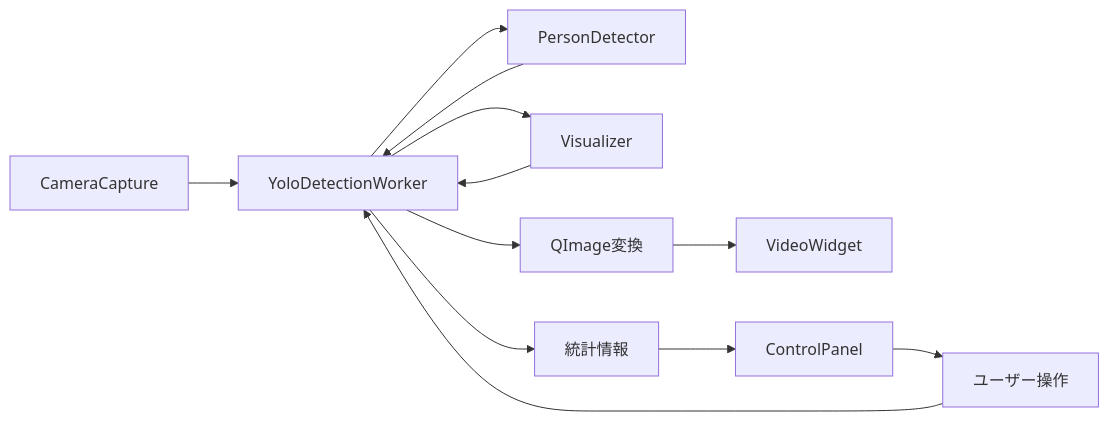
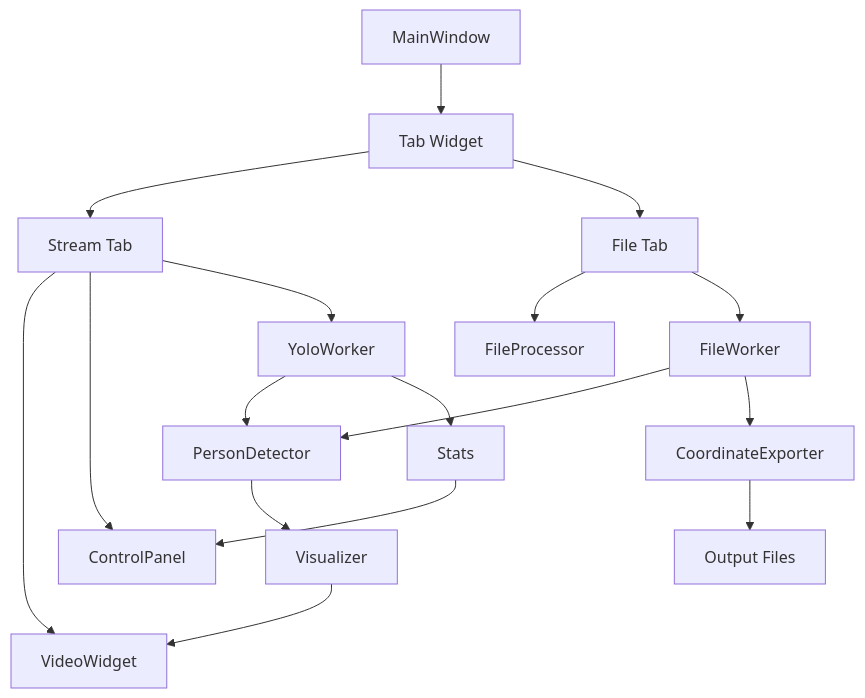
Before and after one commit to Mega-Gorilla/person-face-age-gender-detector: the diagram in src/gui/README.md, drawn with Mermaid. The commit also changed other lines of this file and 1 other file, not shown here.

````diff
--- a/src/gui/README.md
+++ b/src/gui/README.md
@@ -111,14 +187,25 @@
 ```mermaid
-graph LR
-    A[CameraCapture] --> B[YoloDetectionWorker]
-    B --> C[PersonDetector]
-    C --> B
-    B --> D[Visualizer]
-    D --> B
-    B --> E[QImage変換]
-    E --> F[VideoWidget]
-    B --> G[統計情報]
-    G --> H[ControlPanel]
-    H --> I[ユーザー操作]
-    I --> B
+graph TD
+    A[MainWindow] --> B[Tab Widget]
+    B --> C[Stream Tab]
+    B --> D[File Tab]
+    
+    C --> E[VideoWidget]
+    C --> F[ControlPanel]
+    C --> G[YoloWorker]
+    
+    D --> H[FileProcessor]
+    D --> I[FileWorker]
+    
+    G --> J[PersonDetector]
+    I --> J
+    
+    J --> K[Visualizer]
+    K --> E
+    
+    G --> L[Stats]
+    L --> F
+    
+    I --> M[CoordinateExporter]
+    M --> N[Output Files]
 ```
````
